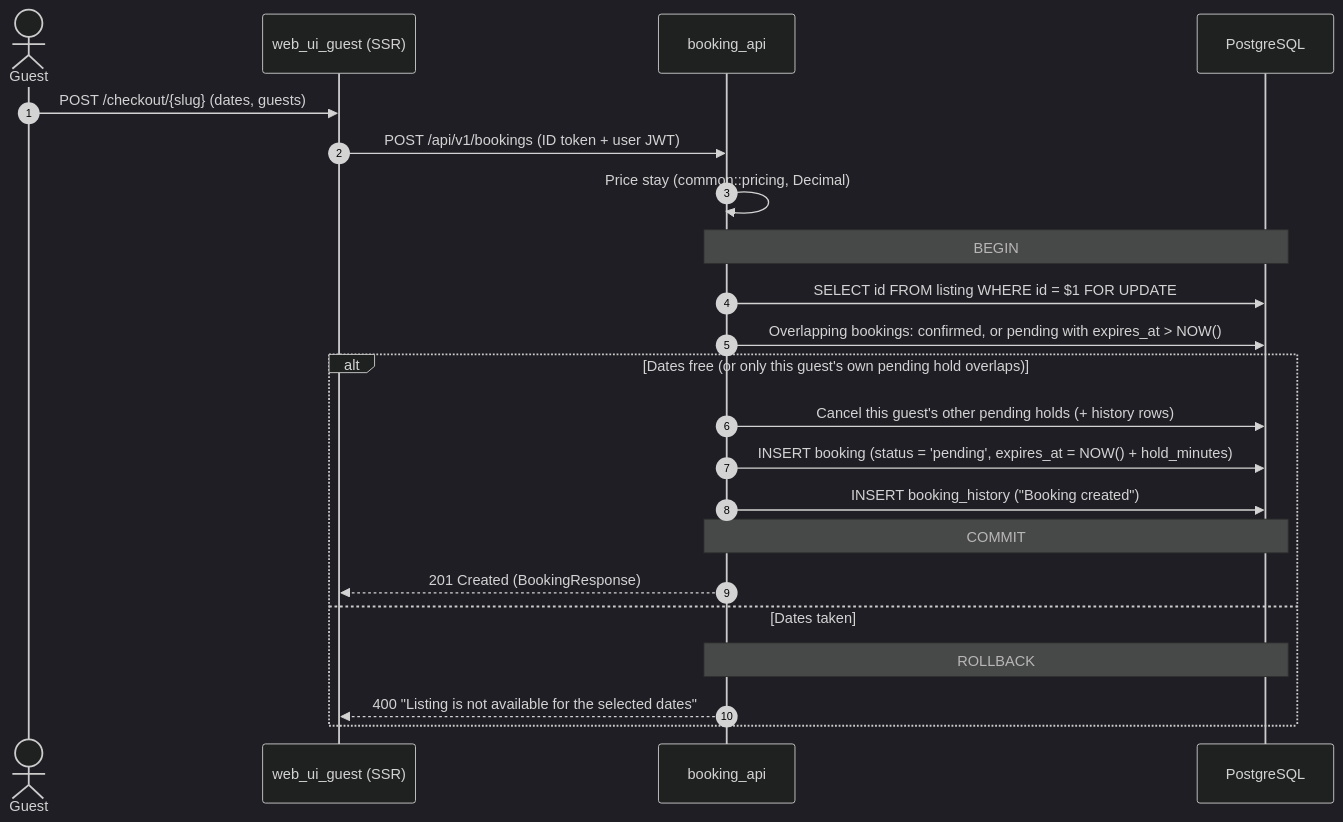
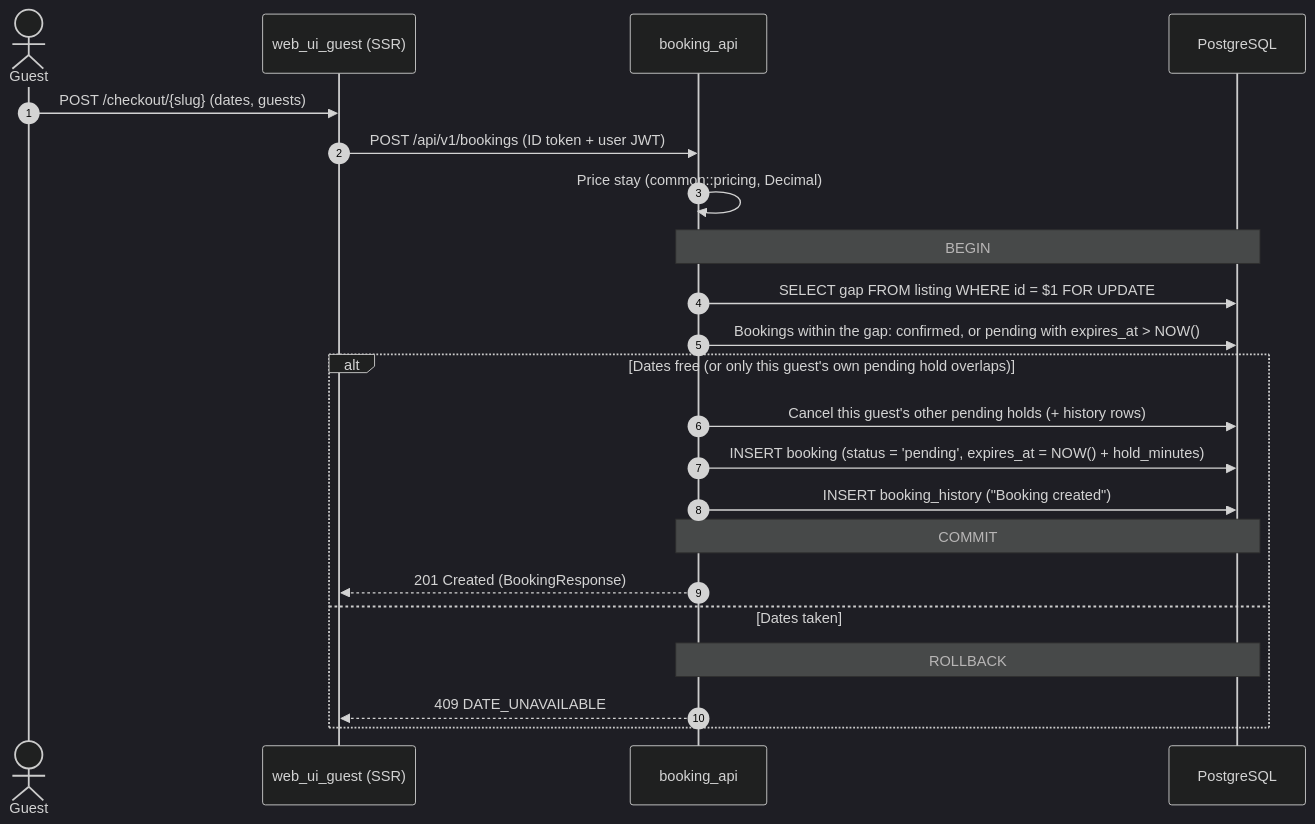
One commit to pavelbyles/our_places_rs changed the second of 4 diagrams in docs/ARCHITECTURE.md. Above: the diagram before and after it, drawn with Mermaid (dark theme). The commit also changed other lines of this file and 4 other files, not shown here.

````diff
--- a/docs/ARCHITECTURE.md
+++ b/docs/ARCHITECTURE.md
@@ -136,25 +137,25 @@
 ```mermaid
 sequenceDiagram
     autonumber
     actor Guest
     participant Portal as web_ui_guest (SSR)
     participant API as booking_api
     participant DB as PostgreSQL
 
     Guest->>Portal: POST /checkout/{slug} (dates, guests)
     Portal->>API: POST /api/v1/bookings (ID token + user JWT)
     API->>API: Price stay (common::pricing, Decimal)
     Note over API,DB: BEGIN
-    API->>DB: SELECT id FROM listing WHERE id = $1 FOR UPDATE
-    API->>DB: Overlapping bookings: confirmed, or pending with expires_at > NOW()
+    API->>DB: SELECT gap FROM listing WHERE id = $1 FOR UPDATE
+    API->>DB: Bookings within the gap: confirmed, or pending with expires_at > NOW()
     alt Dates free (or only this guest's own pending hold overlaps)
         API->>DB: Cancel this guest's other pending holds (+ history rows)
         API->>DB: INSERT booking (status = 'pending', expires_at = NOW() + hold_minutes)
         API->>DB: INSERT booking_history ("Booking created")
         Note over API,DB: COMMIT
         API-->>Portal: 201 Created (BookingResponse)
     else Dates taken
         Note over API,DB: ROLLBACK
-        API-->>Portal: 400 "Listing is not available for the selected dates"
+        API-->>Portal: 409 DATE_UNAVAILABLE
     end
 ```
````
